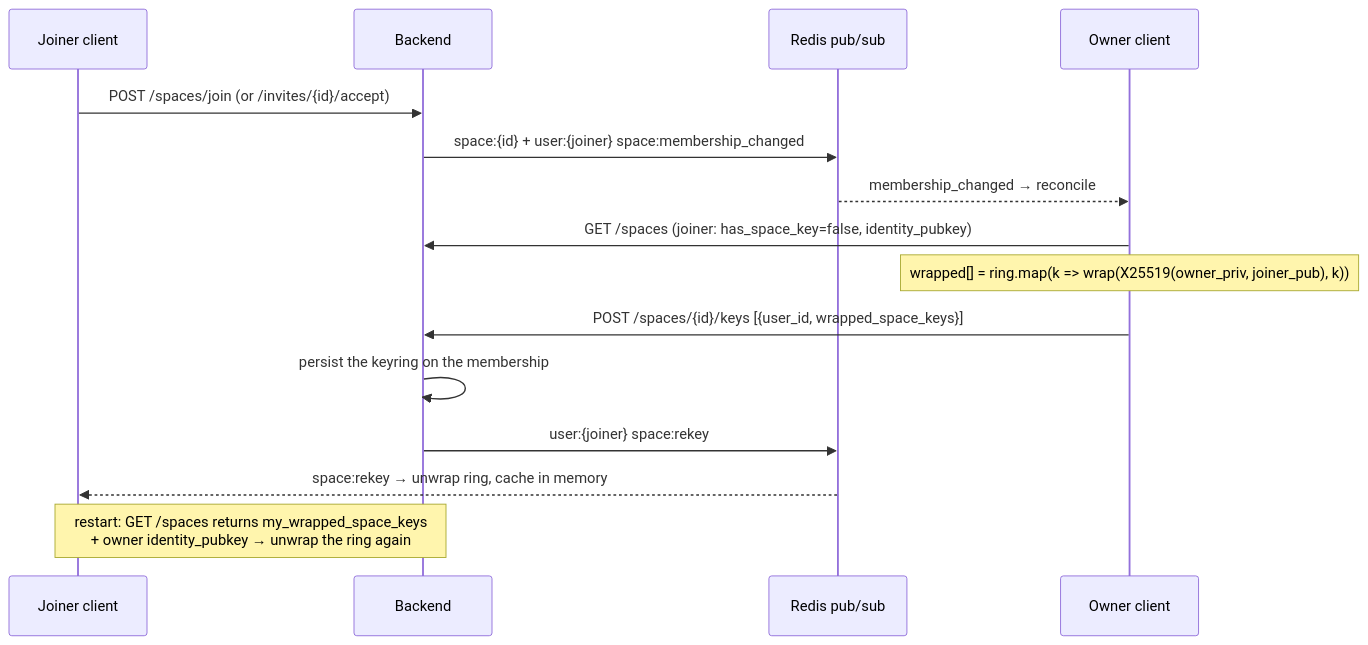
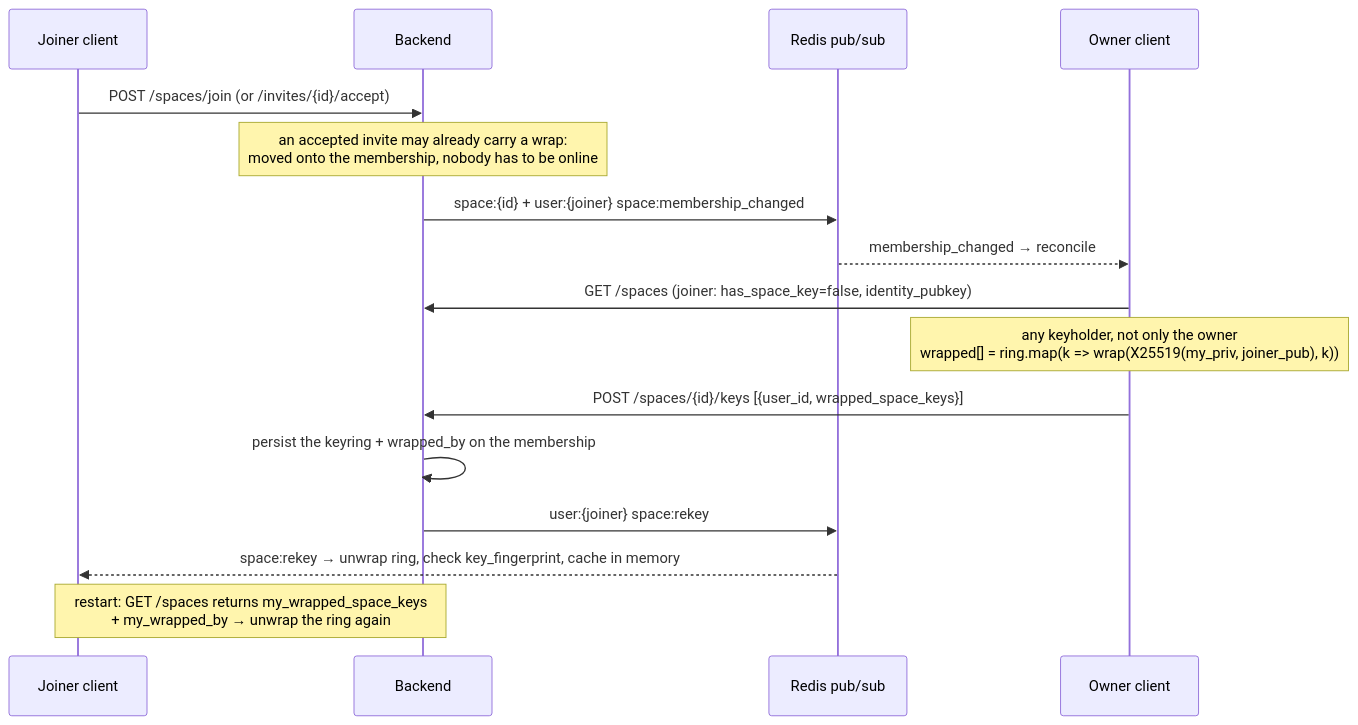
Before and after one commit to NotRover/RoverTools-Orange-Copy-Paste-Backend: the third of 3 diagrams in docs/ARCHITECTURE.md, drawn with Mermaid. The commit also changed other lines of this file and 8 other files, not shown here.

First line of the commit message:
feat(spaces): let any keyholder hand over a space key

````diff
--- a/docs/ARCHITECTURE.md
+++ b/docs/ARCHITECTURE.md
@@ -1066,18 +1142,19 @@
 ```mermaid
 sequenceDiagram
     participant J as Joiner client
     participant API as Backend
     participant R as Redis pub/sub
     participant O as Owner client
 
     J->>API: POST /spaces/join (or /invites/{id}/accept)
+    Note over API: an accepted invite may already carry a wrap:<br/>moved onto the membership, nobody has to be online
     API->>R: space:{id} + user:{joiner} space:membership_changed
     R-->>O: membership_changed → reconcile
     O->>API: GET /spaces  (joiner: has_space_key=false, identity_pubkey)
-    Note over O: wrapped[] = ring.map(k => wrap(X25519(owner_priv, joiner_pub), k))
+    Note over O: any keyholder, not only the owner<br/>wrapped[] = ring.map(k => wrap(X25519(my_priv, joiner_pub), k))
     O->>API: POST /spaces/{id}/keys [{user_id, wrapped_space_keys}]
-    API->>API: persist the keyring on the membership
+    API->>API: persist the keyring + wrapped_by on the membership
     API->>R: user:{joiner} space:rekey
-    R-->>J: space:rekey → unwrap ring, cache in memory
-    Note over J,API: restart: GET /spaces returns my_wrapped_space_keys<br/>+ owner identity_pubkey → unwrap the ring again
+    R-->>J: space:rekey → unwrap ring, check key_fingerprint, cache in memory
+    Note over J,API: restart: GET /spaces returns my_wrapped_space_keys<br/>+ my_wrapped_by → unwrap the ring again
 ```
````
